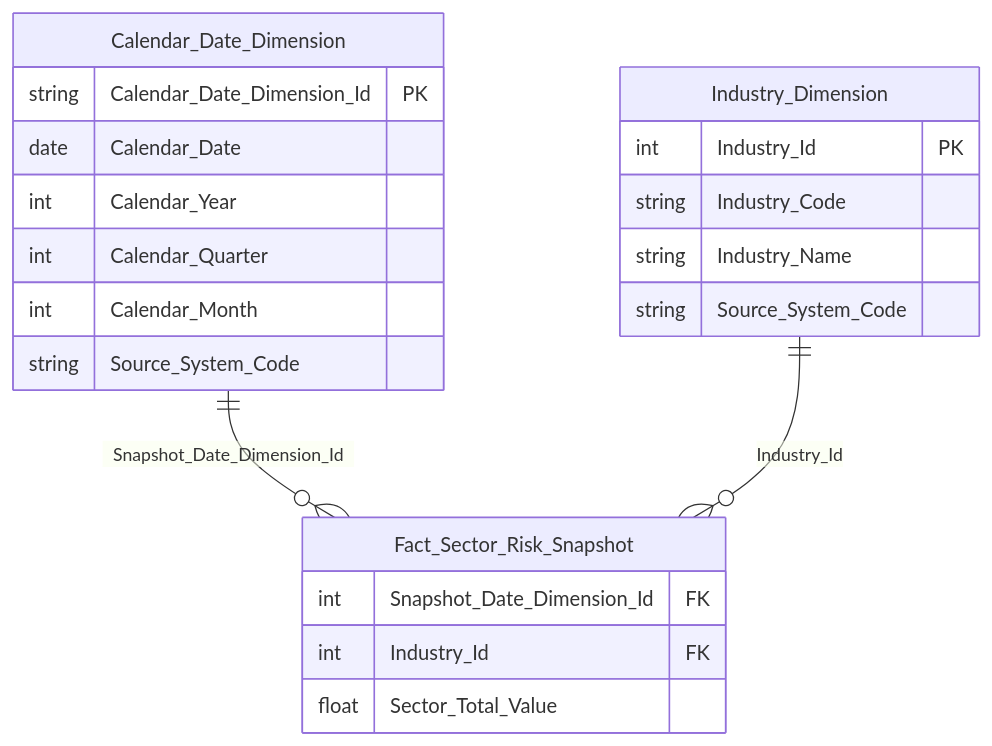
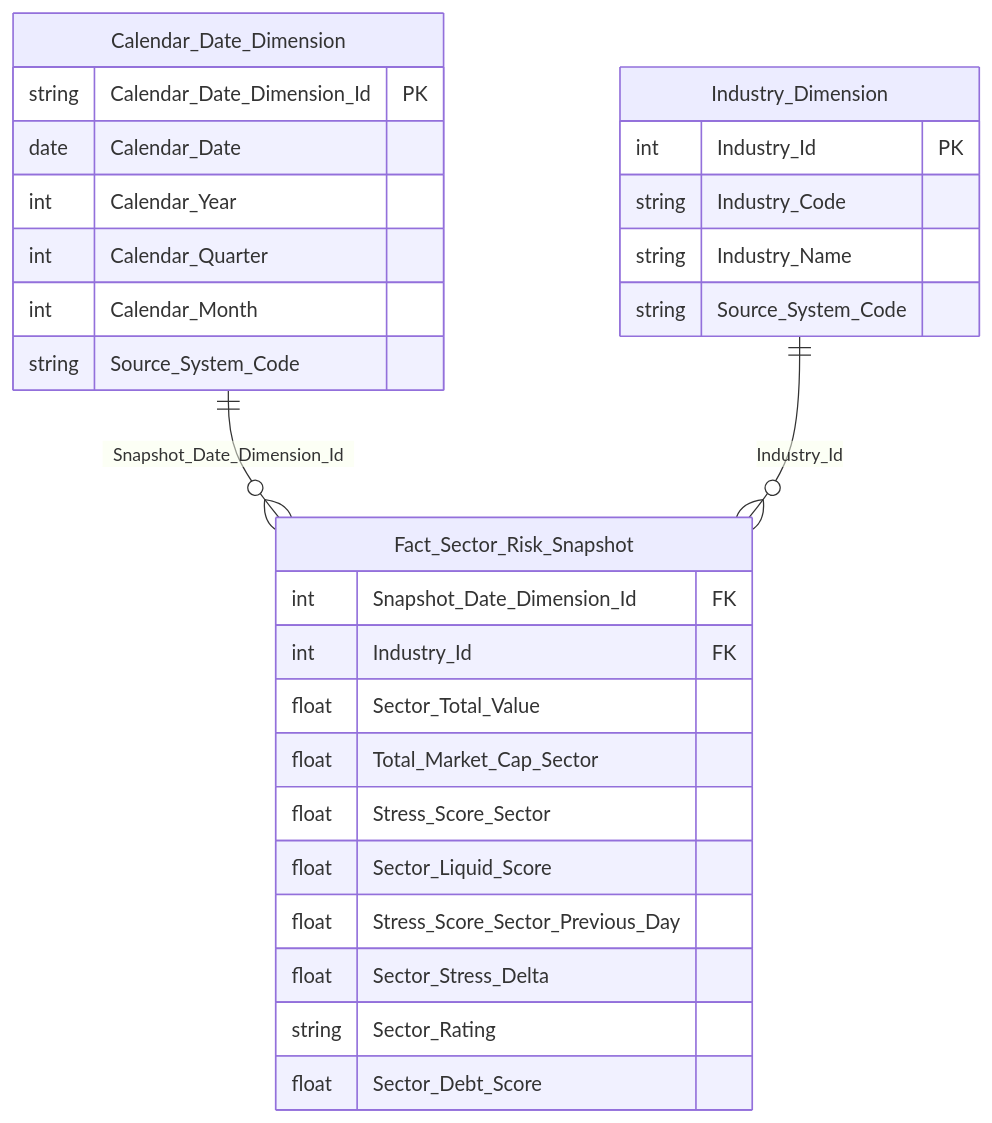
Diagram 23 of 60 in Datamart/hld/DTM_PTTT_HLD.md (linhlvit/ubck_atomic_design), drawn with Mermaid before and after one commit. The commit also changed other lines of this file and 24 other files, not shown here.

````diff
--- a/Datamart/hld/DTM_PTTT_HLD.md
+++ b/Datamart/hld/DTM_PTTT_HLD.md
@@ -1284,24 +1305,31 @@
 ```mermaid
 erDiagram
     Fact_Sector_Risk_Snapshot {
         int Snapshot_Date_Dimension_Id FK
         int Industry_Id FK
         float Sector_Total_Value
+        float Total_Market_Cap_Sector
+        float Stress_Score_Sector
+        float Sector_Liquid_Score
+        float Stress_Score_Sector_Previous_Day
+        float Sector_Stress_Delta
+        string Sector_Rating
+        float Sector_Debt_Score
     }
     Calendar_Date_Dimension {
         string Calendar_Date_Dimension_Id PK
         date Calendar_Date
         int Calendar_Year
         int Calendar_Quarter
         int Calendar_Month
         string Source_System_Code
     }
     Industry_Dimension {
         int Industry_Id PK
         string Industry_Code
         string Industry_Name
         string Source_System_Code
     }
     Calendar_Date_Dimension ||--o{ Fact_Sector_Risk_Snapshot : "Snapshot_Date_Dimension_Id"
     Industry_Dimension ||--o{ Fact_Sector_Risk_Snapshot : "Industry_Id"
 ```
````
